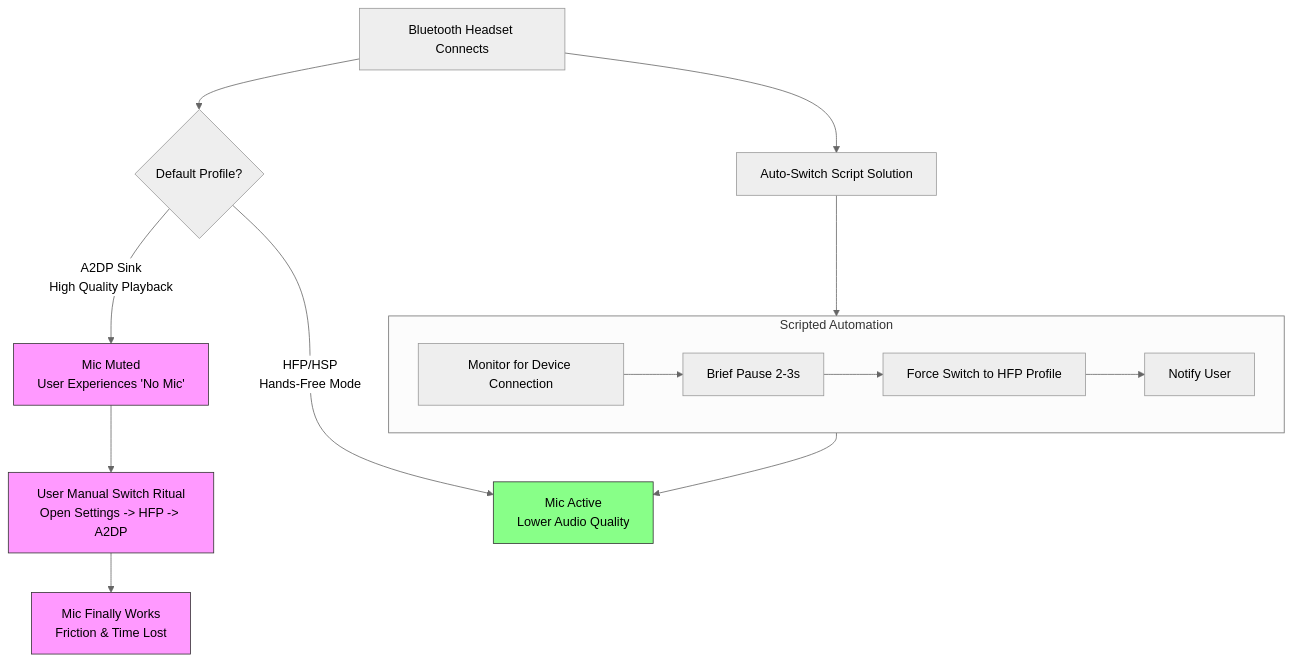
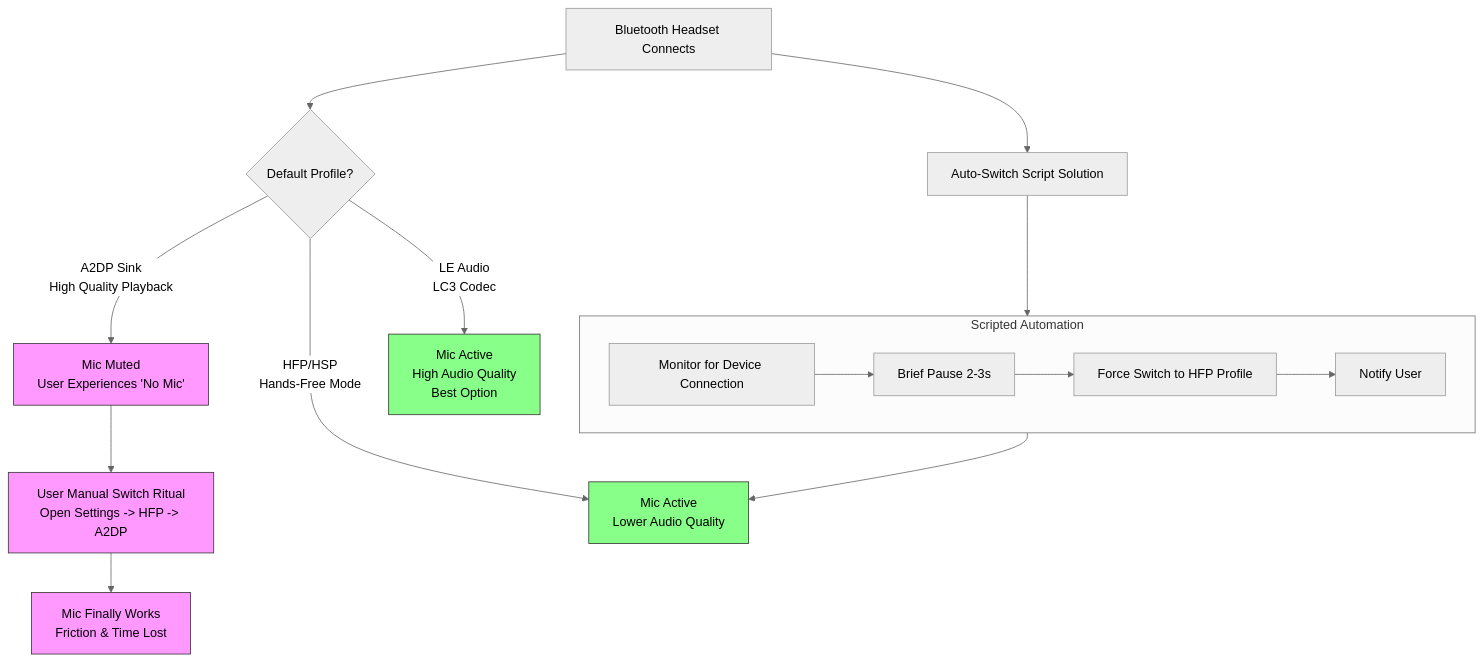
One commit to htghuzaifa2/huzi.pk-web-v2 changed the diagram in src/data/blogs/posts/tech/pipewire-no-mic-until-switch-profiles.md. Above: the diagram before and after it, drawn with Mermaid (neutral theme). The commit also changed other lines of this file and 488 other files, not shown here.

````diff
--- a/src/data/blogs/posts/tech/pipewire-no-mic-until-switch-profiles.md
+++ b/src/data/blogs/posts/tech/pipewire-no-mic-until-switch-profiles.md
@@ -113,25 +186,27 @@
 ```mermaid
 flowchart TD
     A[Bluetooth Headset Connects] --> B{Default Profile?}
     B -->|A2DP Sink<br>High Quality Playback| C[Mic Muted<br>User Experiences 'No Mic']
     B -->|HFP/HSP<br>Hands-Free Mode| D[Mic Active<br>Lower Audio Quality]
+    B -->|LE Audio<br>LC3 Codec| E[Mic Active<br>High Audio Quality<br>Best Option]
 
-    C --> E[User Manual Switch Ritual<br>Open Settings -> HFP -> A2DP]
-    E --> F[Mic Finally Works<br>Friction & Time Lost]
+    C --> F[User Manual Switch Ritual<br>Open Settings -> HFP -> A2DP]
+    F --> G[Mic Finally Works<br>Friction & Time Lost]
 
-    G[Auto-Switch Script Solution] --> H
-    subgraph H [Scripted Automation]
-        I[Monitor for Device Connection]
-        I --> J[Brief Pause 2-3s]
-        J --> K[Force Switch to HFP Profile]
-        K --> L[Notify User]
+    H[Auto-Switch Script Solution] --> I
+    subgraph I [Scripted Automation]
+        J[Monitor for Device Connection]
+        J --> K[Brief Pause 2-3s]
+        K --> L[Force Switch to HFP Profile]
+        L --> M[Notify User]
     end
 
-    A --> G
-    H --> D
+    A --> H
+    I --> D
 
     style C fill:#f9f,stroke:#333
-    style E fill:#f9f,stroke:#333
     style F fill:#f9f,stroke:#333
+    style G fill:#f9f,stroke:#333
     style D fill:#8f8,stroke:#333
+    style E fill:#8f8,stroke:#333
 ```
````
